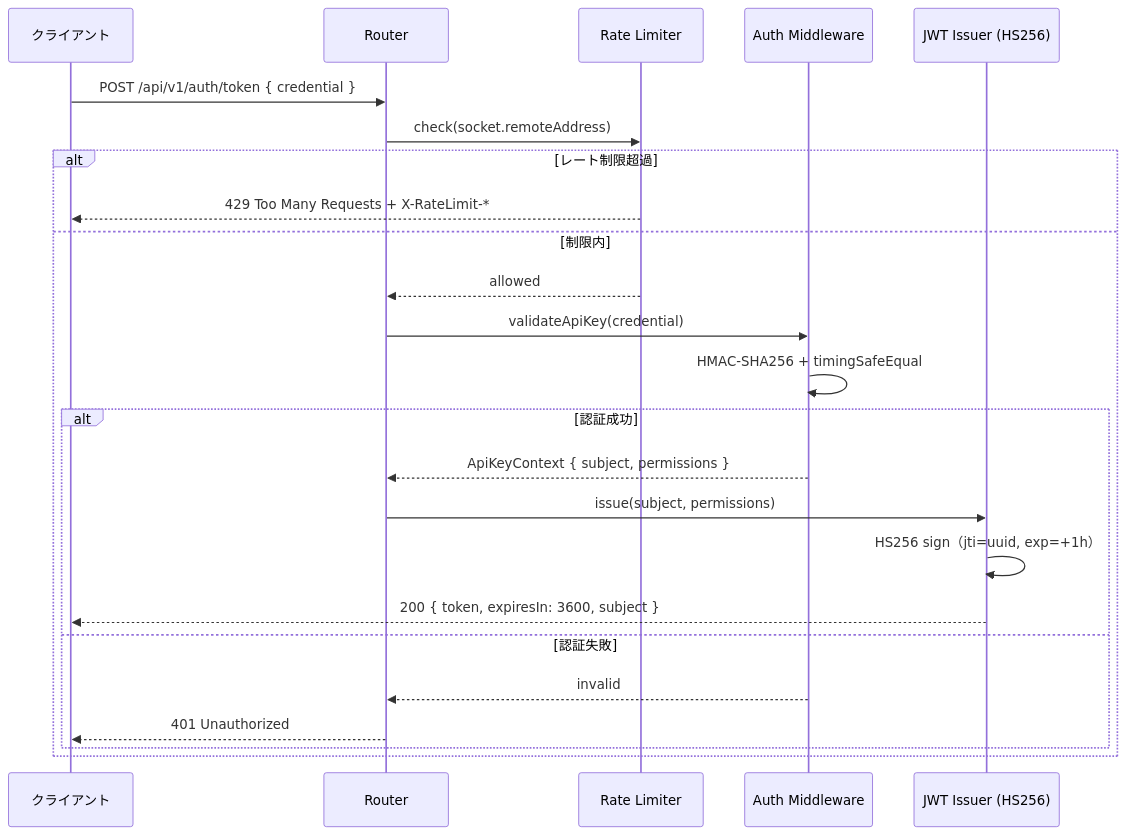
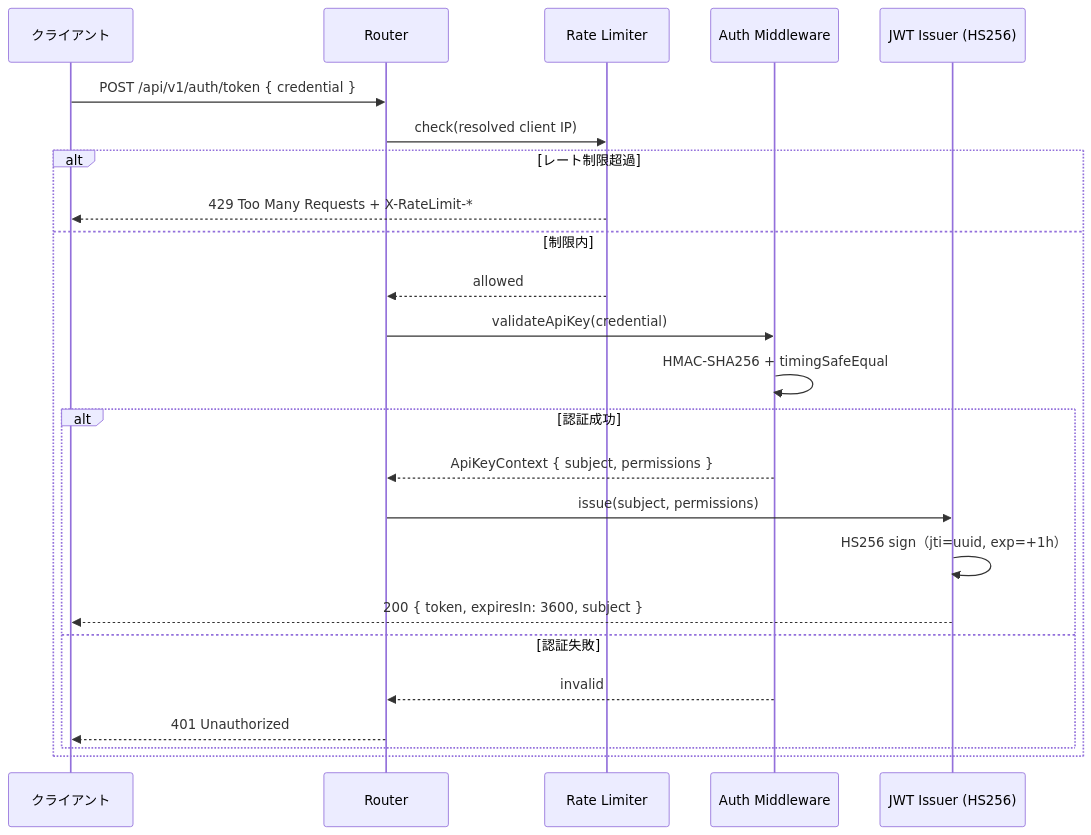
Before and after one commit to Kensan196948G/Construction-Enterprise-Operating-Platform: the fourth of 5 diagrams in README.md, drawn with Mermaid. The commit also changed other lines of this file and 9 other files, not shown here.

````diff
--- a/README.md
+++ b/README.md
@@ -729,27 +733,27 @@
 ```mermaid
 sequenceDiagram
     participant C as クライアント
     participant R as Router
     participant RL as Rate Limiter
     participant A as Auth Middleware
     participant J as JWT Issuer (HS256)
 
     C->>R: POST /api/v1/auth/token { credential }
-    R->>RL: check(socket.remoteAddress)
+    R->>RL: check(resolved client IP)
     alt レート制限超過
         RL-->>C: 429 Too Many Requests + X-RateLimit-*
     else 制限内
         RL-->>R: allowed
         R->>A: validateApiKey(credential)
         A->>A: HMAC-SHA256 + timingSafeEqual
         alt 認証成功
             A-->>R: ApiKeyContext { subject, permissions }
             R->>J: issue(subject, permissions)
             J->>J: HS256 sign（jti=uuid, exp=+1h）
             J-->>C: 200 { token, expiresIn: 3600, subject }
         else 認証失敗
             A-->>R: invalid
             R-->>C: 401 Unauthorized
         end
     end
 ```
````
